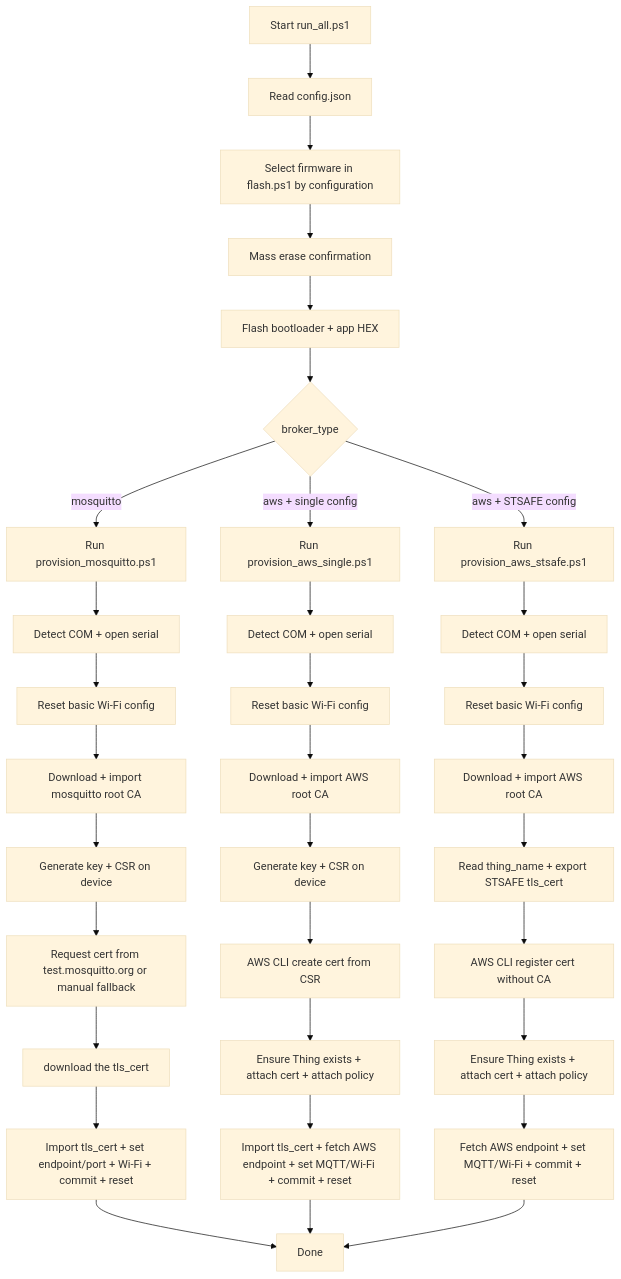
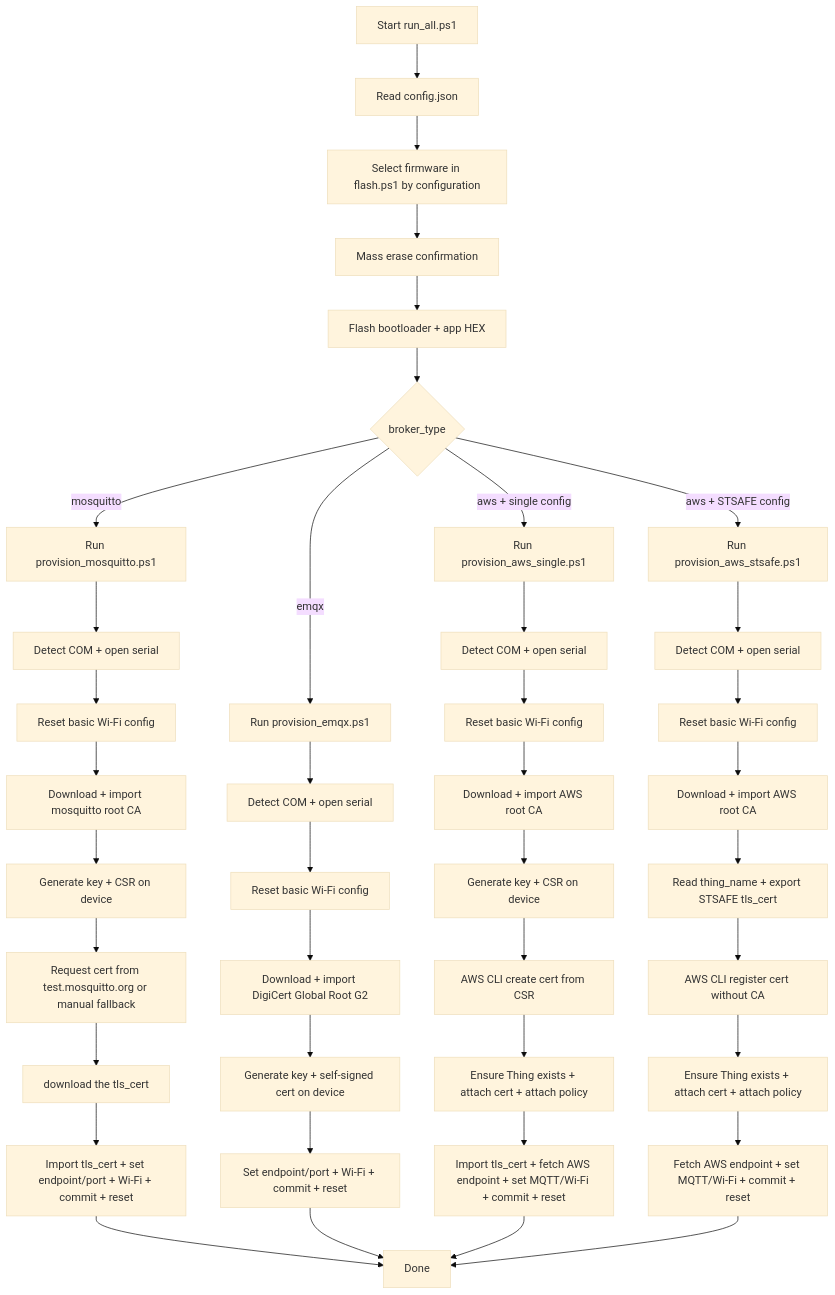
Before and after one commit to SlimJallouli/b_u585_iota02_iot_reference: the diagram in bin/readme.md, drawn with Mermaid (base theme). The commit also changed other lines of this file and 6 other files, not shown here.

Commit message:
add EMQX provisioning flow and ST67_T01 cert cleanup before reset

````diff
--- a/bin/readme.md
+++ b/bin/readme.md
@@ -45,39 +47,47 @@
 ```mermaid
 flowchart TD
     A[Start run_all.ps1] --> B[Read config.json]
     B --> C[Select firmware in flash.ps1 by configuration]
     C --> D[Mass erase confirmation]
     D --> E[Flash bootloader + app HEX]
     E --> F{broker_type}
 
     F -->|mosquitto| G[Run provision_mosquitto.ps1]
     G --> G1[Detect COM + open serial]
     G1 --> G2[Reset basic Wi-Fi config]
     G2 --> G3[Download + import mosquitto root CA]
     G3 --> G4[Generate key + CSR on device]
     G4 --> G5[Request cert from test.mosquitto.org or manual fallback]
     G5 --> G6[download the tls_cert]
     G6 --> G7[Import tls_cert + set endpoint/port + Wi-Fi + commit + reset]
+
+    F -->|emqx| J[Run provision_emqx.ps1]
+    J --> J1[Detect COM + open serial]
+    J1 --> J2[Reset basic Wi-Fi config]
+    J2 --> J3[Download + import DigiCert Global Root G2]
+    J3 --> J4[Generate key + self-signed cert on device]
+    J4 --> J5[Set endpoint/port + Wi-Fi + commit + reset]
 
     F -->|aws + single config| H[Run provision_aws_single.ps1]
     H --> H1[Detect COM + open serial]
     H1 --> H2[Reset basic Wi-Fi config]
     H2 --> H3[Download + import AWS root CA]
     H3 --> H4[Generate key + CSR on device]
     H4 --> H5[AWS CLI create cert from CSR]
     H5 --> H6[Ensure Thing exists + attach cert + attach policy]
     H6 --> H7[Import tls_cert + fetch AWS endpoint + set MQTT/Wi-Fi + commit + reset]
 
     F -->|aws + STSAFE config| I[Run provision_aws_stsafe.ps1]
     I --> I1[Detect COM + open serial]
     I1 --> I2[Reset basic Wi-Fi config]    
     I2 --> I3[Download + import AWS root CA]
     I3 --> I4[Read thing_name + export STSAFE tls_cert]
     I4 --> I5[AWS CLI register cert without CA]
     I5 --> I6[Ensure Thing exists + attach cert + attach policy]
     I6 --> I7[Fetch AWS endpoint + set MQTT/Wi-Fi + commit + reset]
 
     G7 --> Z[Done]
+    J5 --> Z
     H7 --> Z
     I7 --> Z
 ```
````
